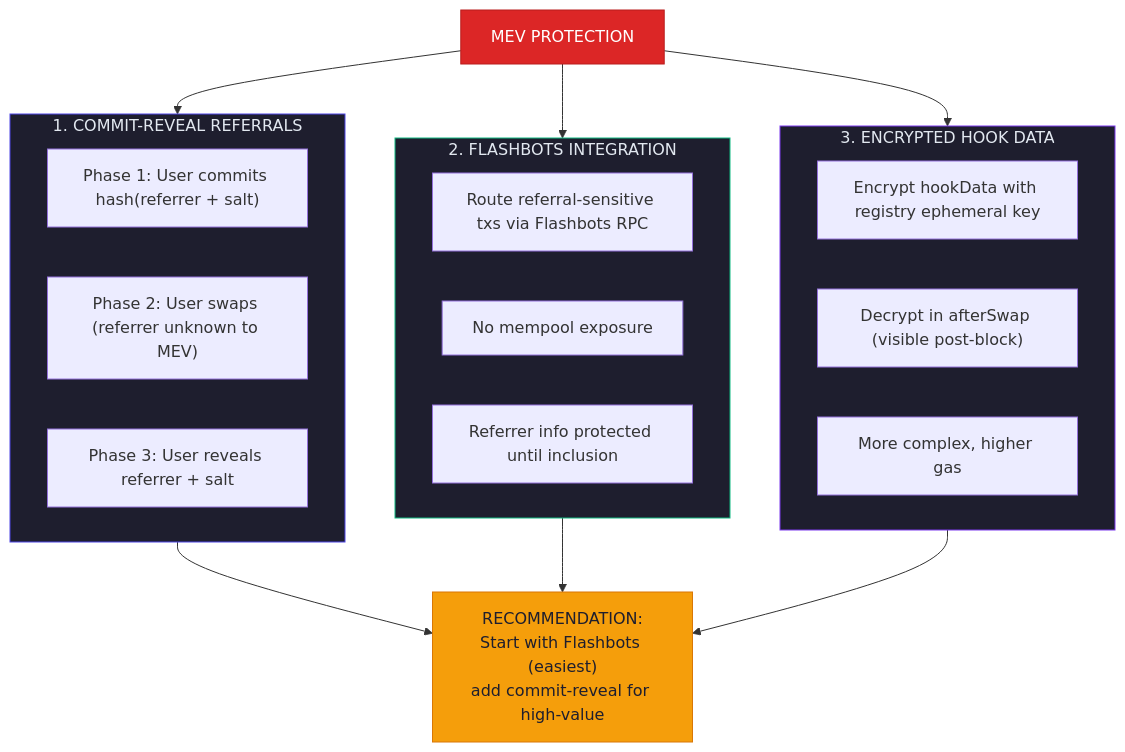
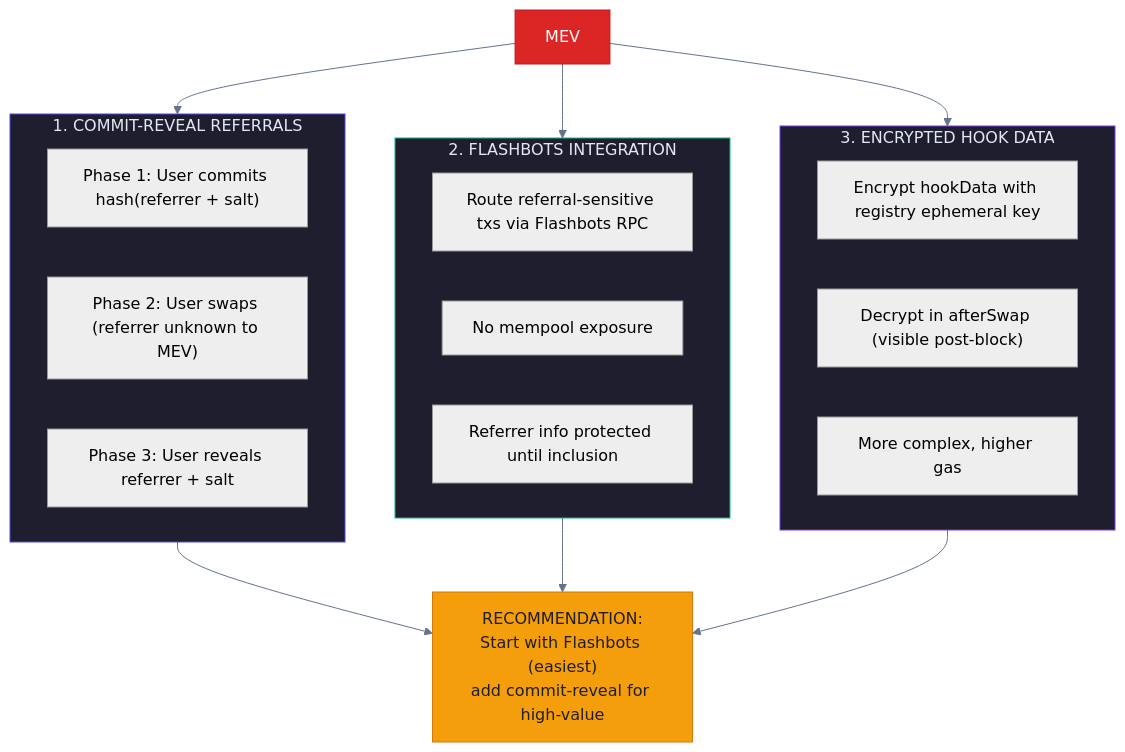
One commit to guglxni/the-fixer-hook changed the tenth of 13 diagrams in docs/ENHANCEMENT_BRAINSTORM.md. Above: the diagram before and after it, drawn with Mermaid. The commit also changed other lines of this file and 514 other files, not shown here.

Commit message:
Clean docs: remove emojis, add professional mermaid styling

````diff
--- a/docs/ENHANCEMENT_BRAINSTORM.md
+++ b/docs/ENHANCEMENT_BRAINSTORM.md
@@ -608,36 +580,31 @@
 ```mermaid
+%%{init: {'theme': 'neutral', 'themeVariables': { 'primaryColor': '#2563eb', 'primaryTextColor': '#1e293b', 'primaryBorderColor': '#3b82f6', 'lineColor': '#64748b', 'secondaryColor': '#f1f5f9', 'tertiaryColor': '#e2e8f0'}}}%%
 flowchart TD
-    MEV["MEV PROTECTION"]
     MEV --> CR
     MEV --> FB
     MEV --> EH
-
     subgraph CR["1. COMMIT-REVEAL REFERRALS"]
         CR1["Phase 1: User commits hash(referrer + salt)"]
         CR2["Phase 2: User swaps (referrer unknown to MEV)"]
         CR3["Phase 3: User reveals referrer + salt"]
     end
-
     subgraph FB["2. FLASHBOTS INTEGRATION"]
         FB1["Route referral-sensitive txs via Flashbots RPC"]
         FB2["No mempool exposure"]
         FB3["Referrer info protected until inclusion"]
     end
-
     subgraph EH["3. ENCRYPTED HOOK DATA"]
         EH1["Encrypt hookData with registry ephemeral key"]
         EH2["Decrypt in afterSwap (visible post-block)"]
         EH3["More complex, higher gas"]
     end
-
     REC["RECOMMENDATION:\nStart with Flashbots (easiest)\nadd commit-reveal for high-value"]
     CR --> REC
     FB --> REC
     EH --> REC
-
     style MEV fill:#DC2626,color:#FFFFFF,stroke:#B91C1C
     style CR fill:#1E1E2E,color:#E2E8F0,stroke:#4F46E5
     style FB fill:#1E1E2E,color:#E2E8F0,stroke:#10B981
     style EH fill:#1E1E2E,color:#E2E8F0,stroke:#7C3AED
     style REC fill:#F59E0B,color:#1E1E2E,stroke:#D97706
 ```
````
